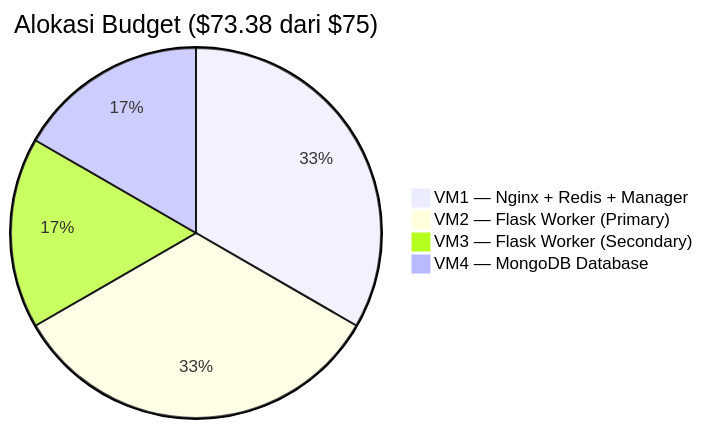
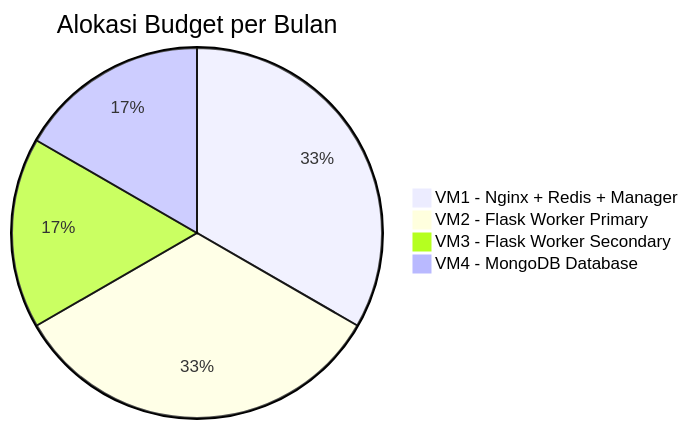
One commit to baboey/fp-tka-1 changed the second of 5 diagrams in README.md. Above: the diagram before and after it, drawn with Mermaid. The commit also changed other lines of this file, not shown here.

Commit message:
docs: fix mermaid styling for readability and remove $ in pie chart title

````diff
--- a/README.md
+++ b/README.md
@@ -165,7 +165,7 @@
 ```mermaid
-pie title Alokasi Budget ($73.38 dari $75)
-    "VM1 — Nginx + Redis + Manager" : 24.46
-    "VM2 — Flask Worker (Primary)" : 24.46
-    "VM3 — Flask Worker (Secondary)" : 12.23
-    "VM4 — MongoDB Database" : 12.23
+pie title Alokasi Budget per Bulan
+    "VM1 - Nginx + Redis + Manager" : 24.46
+    "VM2 - Flask Worker Primary" : 24.46
+    "VM3 - Flask Worker Secondary" : 12.23
+    "VM4 - MongoDB Database" : 12.23
 ```
````
